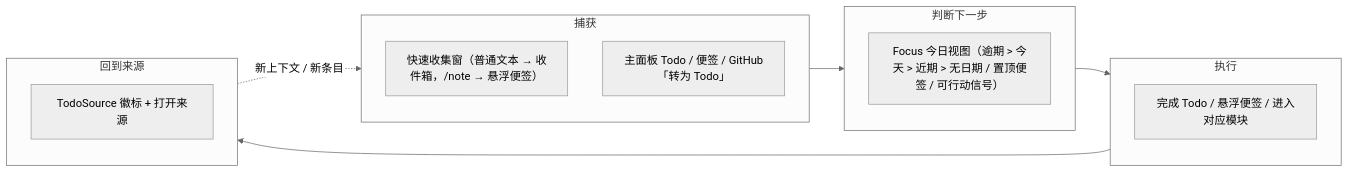
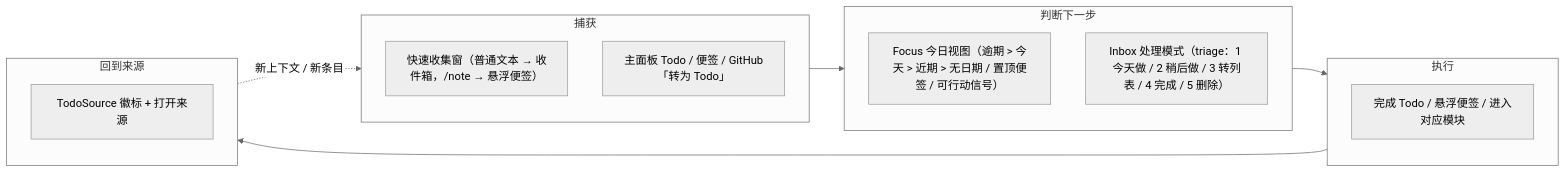
The fourth of 4 diagrams in docs/architecture.md (wynxing/MayDolist), drawn with Mermaid (neutral theme) before and after one commit. The commit also changed other lines of this file and 10 other files, not shown here.

Commit message:
feat: Inbox 逐条处理模式（triage） (#33)

````diff
--- a/docs/architecture.md
+++ b/docs/architecture.md
@@ -152,18 +152,19 @@
 ```mermaid
 flowchart LR
     subgraph C["捕获"]
         QC["快速收集窗（普通文本 → 收件箱，/note → 悬浮便签）"]
         MB["主面板 Todo / 便签 / GitHub「转为 Todo」"]
     end
     subgraph D["判断下一步"]
         F["Focus 今日视图（逾期 > 今天 > 近期 > 无日期 / 置顶便签 / 可行动信号）"]
+        T["Inbox 处理模式（triage：1 今天做 / 2 稍后做 / 3 转列表 / 4 完成 / 5 删除）"]
     end
     subgraph A["执行"]
         ACT["完成 Todo / 悬浮便签 / 进入对应模块"]
     end
     subgraph B["回到来源"]
         SRC["TodoSource 徽标 + 打开来源"]
     end
     C --> D --> A --> B
     B -.->|新上下文 / 新条目| C
 ```
````
